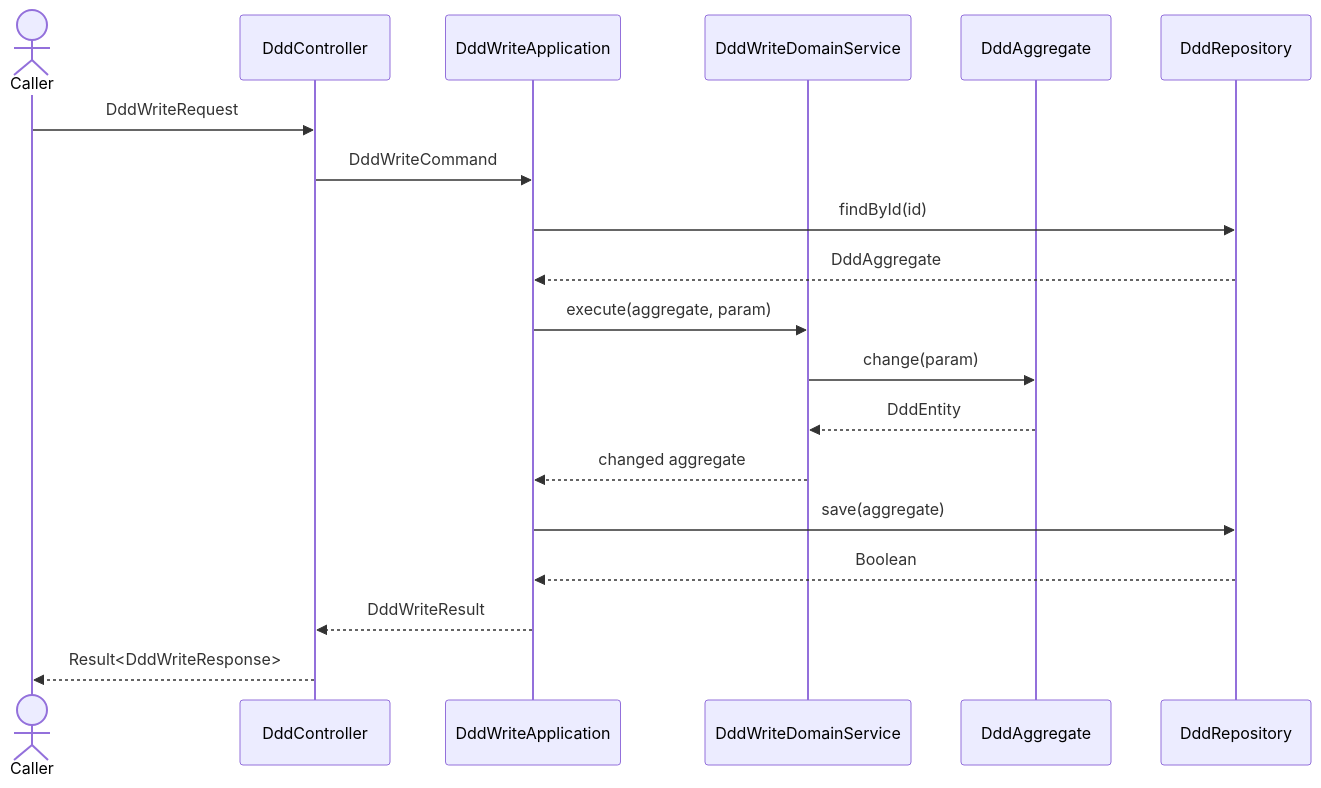
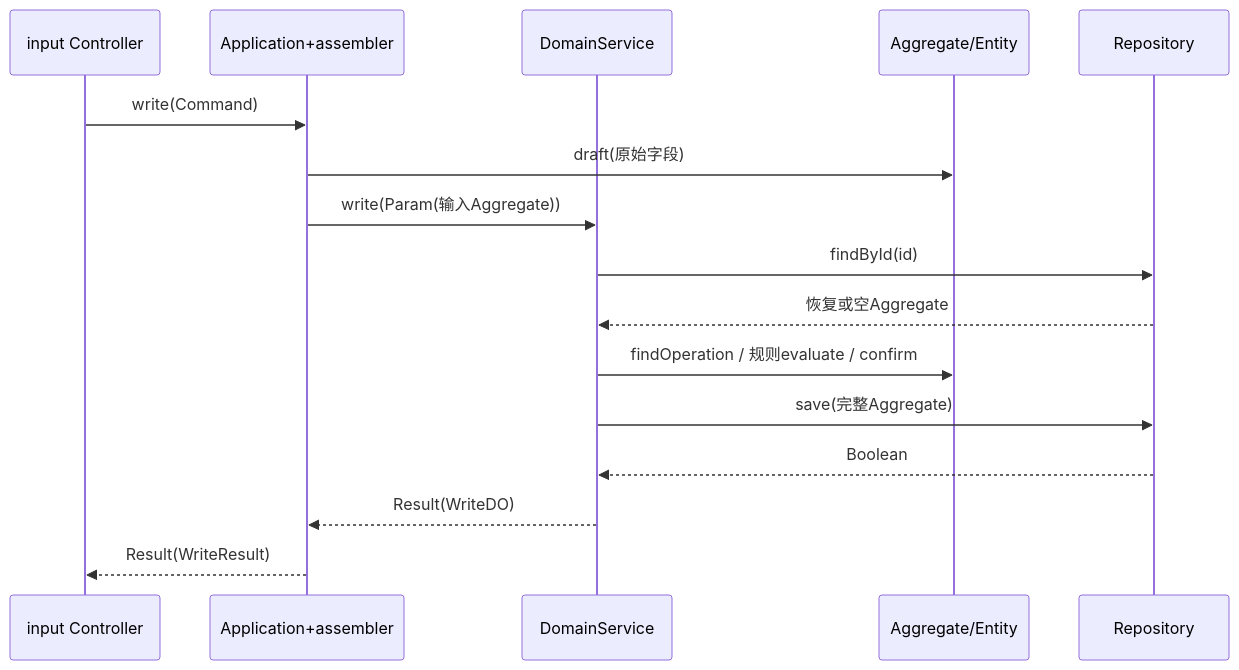
One commit to tcmonkey/ddd changed the third of 3 diagrams in AI/output/04 技术方案.md. Above: the diagram before and after it, drawn with Mermaid. The commit also changed other lines of this file and 27 other files, not shown here.

````diff
--- a/AI/output/04 技术方案.md
+++ b/AI/output/04 技术方案.md
@@ -139,21 +111,18 @@
 ```mermaid
 sequenceDiagram
-    actor Caller
-    participant C as DddController
-    participant A as DddWriteApplication
-    participant D as DddWriteDomainService
-    participant G as DddAggregate
-    participant R as DddRepository
-    Caller->>C: DddWriteRequest
-    C->>A: DddWriteCommand
-    A->>R: findById(id)
-    R-->>A: DddAggregate
-    A->>D: execute(aggregate, param)
-    D->>G: change(param)
-    G-->>D: DddEntity
-    D-->>A: changed aggregate
-    A->>R: save(aggregate)
-    R-->>A: Boolean
-    A-->>C: DddWriteResult
-    C-->>Caller: Result<DddWriteResponse>
+    participant C as input Controller
+    participant A as Application+assembler
+    participant D as DomainService
+    participant G as Aggregate/Entity
+    participant R as Repository
+    C->>A: write(Command)
+    A->>G: draft(原始字段)
+    A->>D: write(Param(输入Aggregate))
+    D->>R: findById(id)
+    R-->>D: 恢复或空Aggregate
+    D->>G: findOperation / 规则evaluate / confirm
+    D->>R: save(完整Aggregate)
+    R-->>D: Boolean
+    D-->>A: Result(WriteDO)
+    A-->>C: Result(WriteResult)
 ```
````
